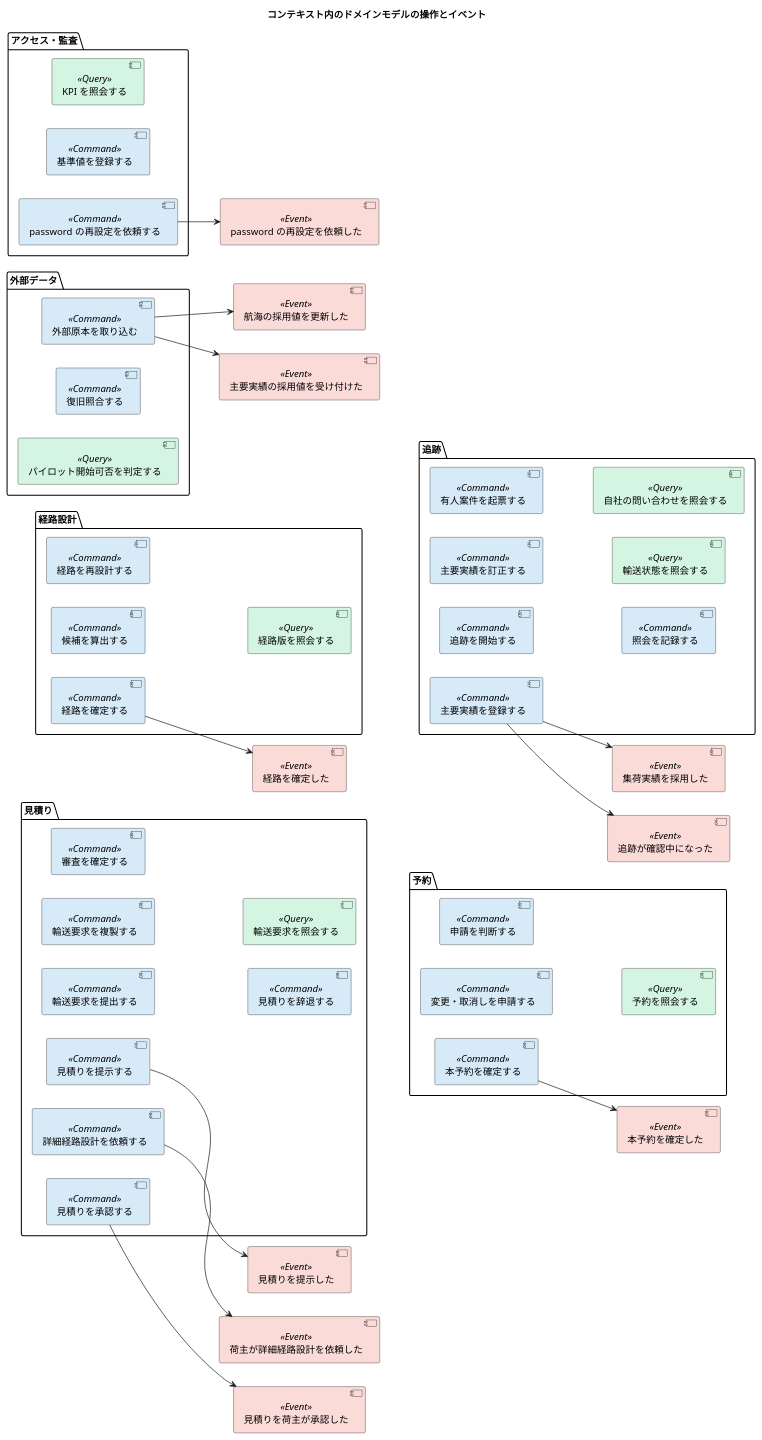
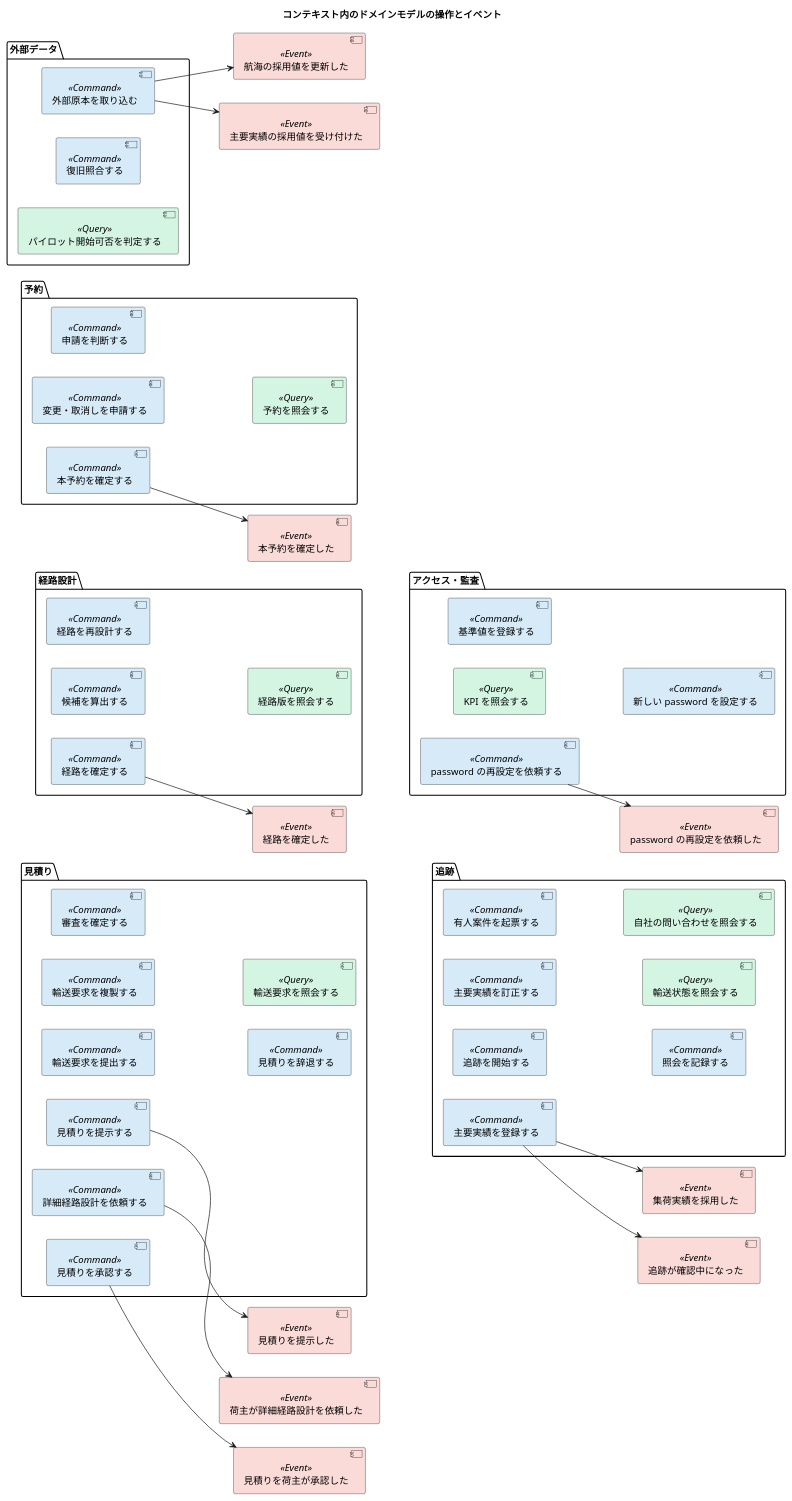
One commit to k2works/practical-domain-driven-design-in-enterpris-application changed diagram 18 of 19 in docs/design/cargo-tracker/domain_model.md. Above: the diagram before and after it, drawn with PlantUML. The commit also changed other lines of this file and 12 other files, not shown here.

````diff
--- a/docs/design/cargo-tracker/domain_model.md
+++ b/docs/design/cargo-tracker/domain_model.md
@@ -1144,73 +1198,74 @@
 ```plantuml
 @startuml
 title コンテキスト内のドメインモデルの操作とイベント
 left to right direction
 skinparam component {
   BackgroundColor<<Command>> #D6EAF8
   BackgroundColor<<Query>> #D5F5E3
   BackgroundColor<<Event>> #FADBD8
 }
 package "見積り" {
   [輸送要求を提出する] <<Command>>
   [輸送要求を複製する] <<Command>>
   [審査を確定する] <<Command>>
   [見積りを提示する] <<Command>>
   [詳細経路設計を依頼する] <<Command>>
   [見積りを辞退する] <<Command>>
   [見積りを承認する] <<Command>>
   [輸送要求を照会する] <<Query>>
 }
 package "経路設計" {
   [候補を算出する] <<Command>>
   [経路を確定する] <<Command>>
   [経路を再設計する] <<Command>>
   [経路版を照会する] <<Query>>
 }
 package "予約" {
   [本予約を確定する] <<Command>>
   [変更・取消しを申請する] <<Command>>
   [申請を判断する] <<Command>>
   [予約を照会する] <<Query>>
 }
 package "追跡" {
   [追跡を開始する] <<Command>>
   [主要実績を登録する] <<Command>>
   [主要実績を訂正する] <<Command>>
   [有人案件を起票する] <<Command>>
   [照会を記録する] <<Command>>
   [輸送状態を照会する] <<Query>>
   [自社の問い合わせを照会する] <<Query>>
 }
 package "外部データ" {
   [外部原本を取り込む] <<Command>>
   [復旧照合する] <<Command>>
   [パイロット開始可否を判定する] <<Query>>
 }
 package "アクセス・監査" {
   [KPI を照会する] <<Query>>
   [基準値を登録する] <<Command>>
   [password の再設定を依頼する] <<Command>>
+  [新しい password を設定する] <<Command>>
 }
 [見積りを提示した] <<Event>>
 [荷主が詳細経路設計を依頼した] <<Event>>
 [経路を確定した] <<Event>>
 [見積りを荷主が承認した] <<Event>>
 [本予約を確定した] <<Event>>
 [集荷実績を採用した] <<Event>>
 [追跡が確認中になった] <<Event>>
 [航海の採用値を更新した] <<Event>>
 [主要実績の採用値を受け付けた] <<Event>>
 [password の再設定を依頼した] <<Event>>
 
 [見積りを提示する] --> [見積りを提示した]
 [詳細経路設計を依頼する] --> [荷主が詳細経路設計を依頼した]
 [経路を確定する] --> [経路を確定した]
 [見積りを承認する] --> [見積りを荷主が承認した]
 [本予約を確定する] --> [本予約を確定した]
 [主要実績を登録する] --> [集荷実績を採用した]
 [主要実績を登録する] --> [追跡が確認中になった]
 [外部原本を取り込む] --> [航海の採用値を更新した]
 [外部原本を取り込む] --> [主要実績の採用値を受け付けた]
 [password の再設定を依頼する] --> [password の再設定を依頼した]
 @enduml
 ```
````
